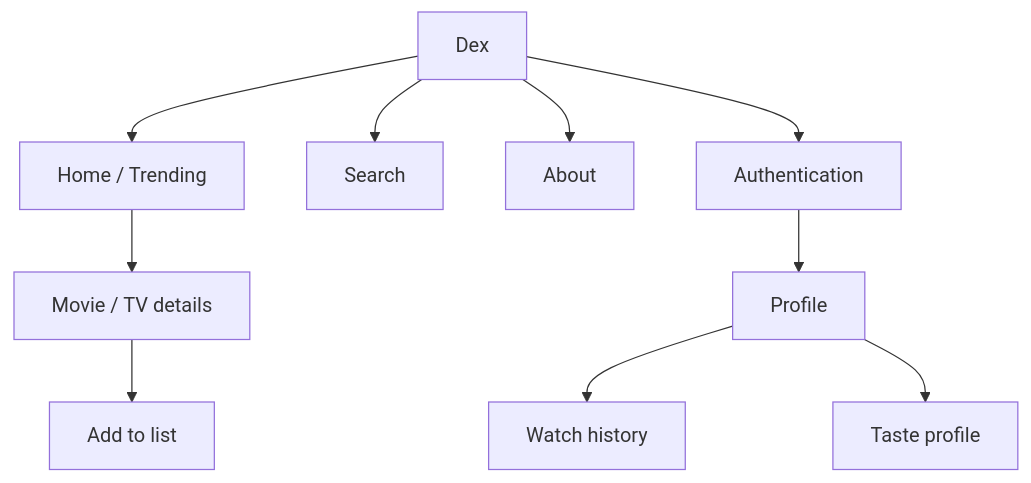
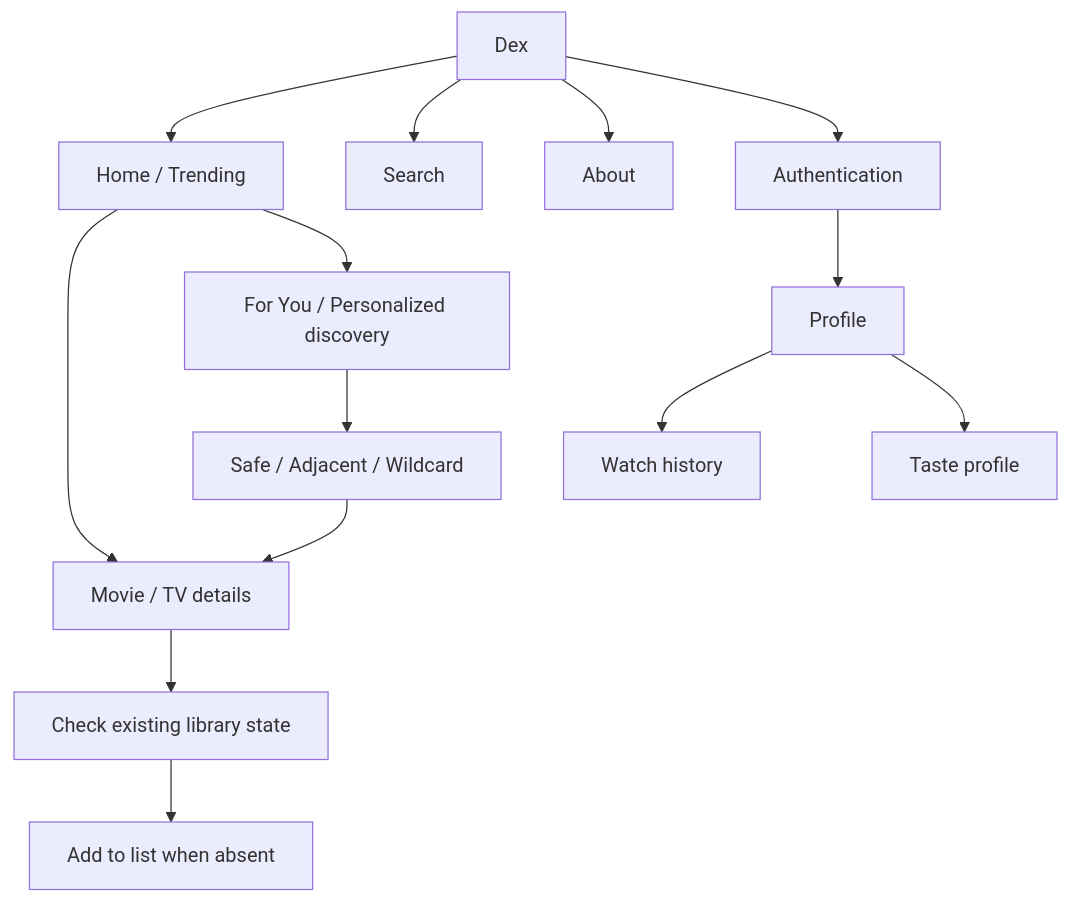
Before and after one commit to Shreyas-patil07/Dex: the diagram in docs/05_UI_Design_Brief.md, drawn with Mermaid. The commit also changed other lines of this file and 17 other files, not shown here.

````diff
--- a/docs/05_UI_Design_Brief.md
+++ b/docs/05_UI_Design_Brief.md
@@ -21,12 +21,16 @@
 ```mermaid
 flowchart TD
     A[Dex] --> B[Home / Trending]
     A --> C[Search]
     A --> D[About]
     A --> E[Authentication]
     B --> F[Movie / TV details]
-    F --> G[Add to list]
-    E --> H[Profile]
-    H --> I[Watch history]
-    H --> J[Taste profile]
+    F --> G[Check existing library state]
+    G --> H[Add to list when absent]
+    E --> I[Profile]
+    B --> J[For You / Personalized discovery]
+    J --> K[Safe / Adjacent / Wildcard]
+    K --> F
+    I --> L[Watch history]
+    I --> M[Taste profile]
 ```
````
